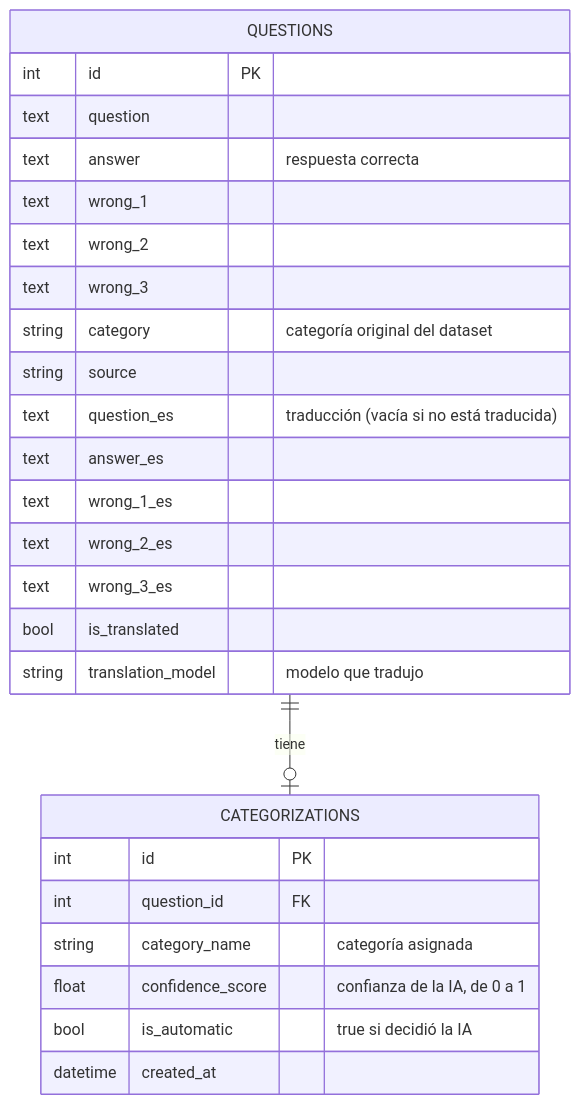
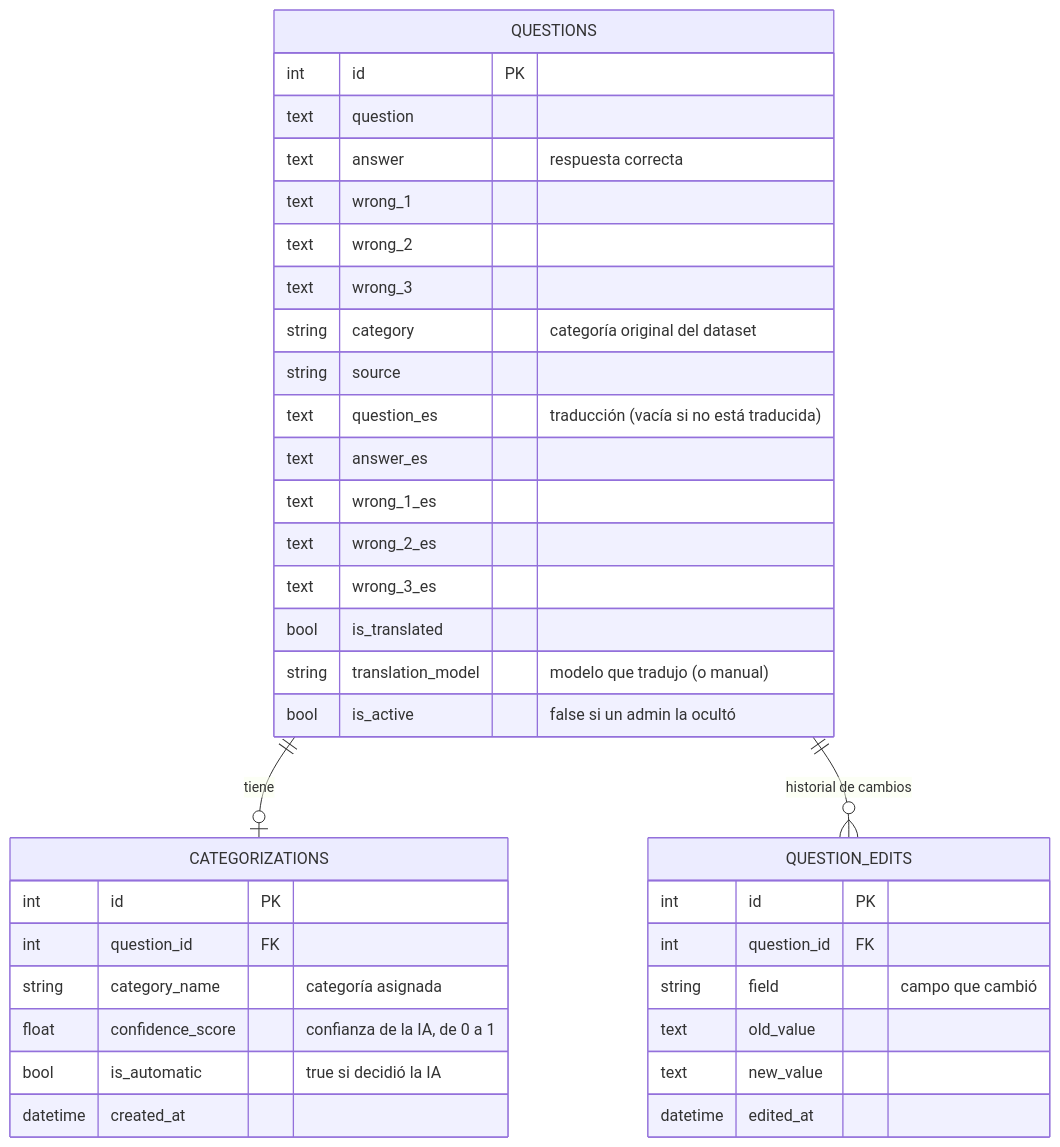
One commit to Aetther/Prac-I-Prac-Prof-II-CDIA changed the second of 4 diagrams in README.md. Above: the diagram before and after it, drawn with Mermaid. The commit also changed other lines of this file and 10 other files, not shown here.

````diff
--- a/README.md
+++ b/README.md
@@ -168,29 +169,39 @@
 ```mermaid
 erDiagram
     QUESTIONS ||--o| CATEGORIZATIONS : tiene
+    QUESTIONS ||--o{ QUESTION_EDITS : "historial de cambios"
     QUESTIONS {
         int id PK
         text question
         text answer "respuesta correcta"
         text wrong_1
         text wrong_2
         text wrong_3
         string category "categoría original del dataset"
         string source
         text question_es "traducción (vacía si no está traducida)"
         text answer_es
         text wrong_1_es
         text wrong_2_es
         text wrong_3_es
         bool is_translated
-        string translation_model "modelo que tradujo"
+        string translation_model "modelo que tradujo (o manual)"
+        bool is_active "false si un admin la ocultó"
     }
     CATEGORIZATIONS {
         int id PK
         int question_id FK
         string category_name "categoría asignada"
         float confidence_score "confianza de la IA, de 0 a 1"
         bool is_automatic "true si decidió la IA"
         datetime created_at
     }
+    QUESTION_EDITS {
+        int id PK
+        int question_id FK
+        string field "campo que cambió"
+        text old_value
+        text new_value
+        datetime edited_at
+    }
 ```
````
